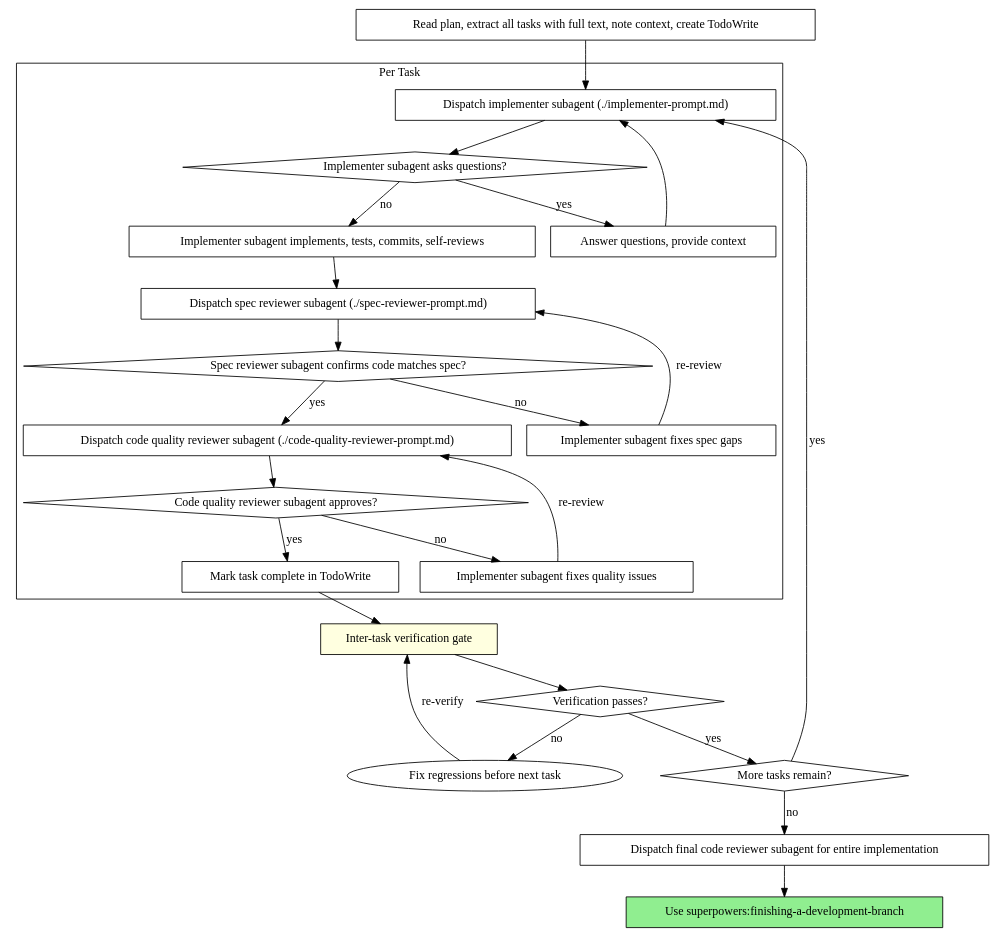
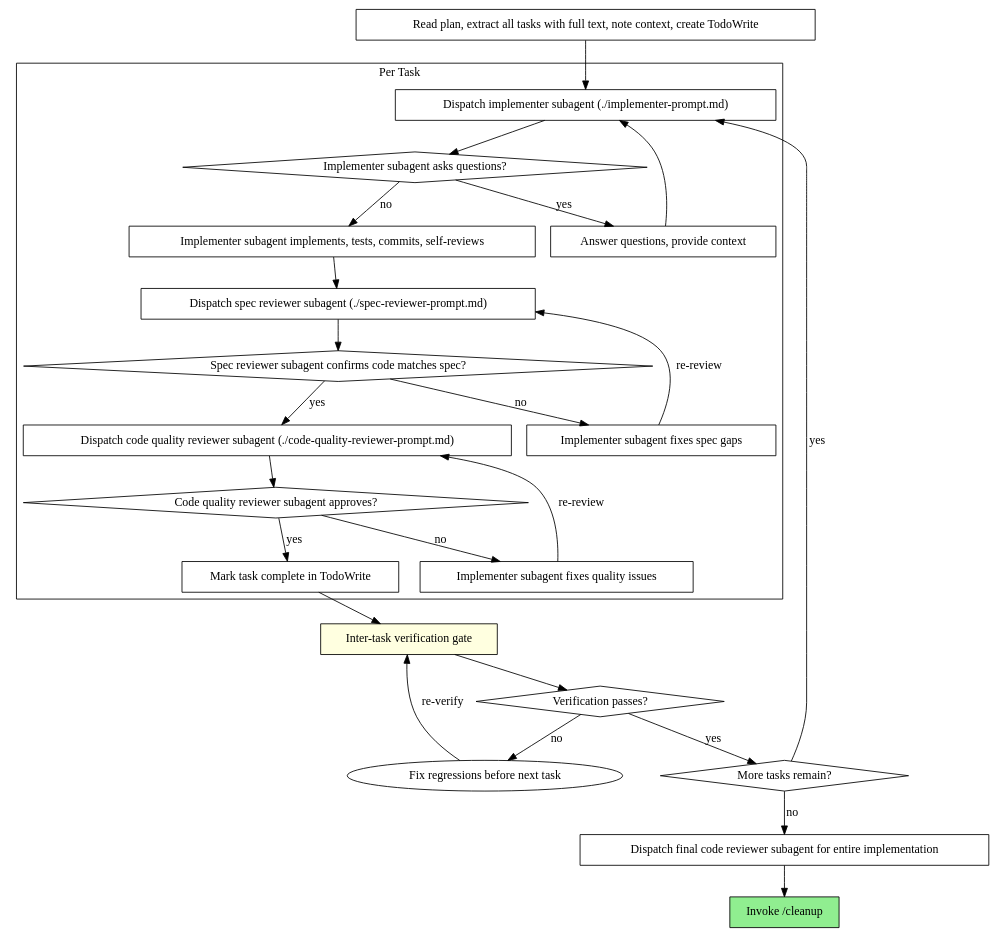
The second of 2 diagrams in claude-flow/references/subagent-driven-development.md (sumrae412/claude-skills), drawn with Graphviz before and after one commit. The commit also changed other lines of this file and 6 other files, not shown here.

````diff
--- a/claude-flow/references/subagent-driven-development.md
+++ b/claude-flow/references/subagent-driven-development.md
@@ -35,50 +35,50 @@
 ```dot
 digraph process {
     rankdir=TB;
 
     subgraph cluster_per_task {
         label="Per Task";
         "Dispatch implementer subagent (./implementer-prompt.md)" [shape=box];
         "Implementer subagent asks questions?" [shape=diamond];
         "Answer questions, provide context" [shape=box];
         "Implementer subagent implements, tests, commits, self-reviews" [shape=box];
         "Dispatch spec reviewer subagent (./spec-reviewer-prompt.md)" [shape=box];
         "Spec reviewer subagent confirms code matches spec?" [shape=diamond];
         "Implementer subagent fixes spec gaps" [shape=box];
         "Dispatch code quality reviewer subagent (./code-quality-reviewer-prompt.md)" [shape=box];
         "Code quality reviewer subagent approves?" [shape=diamond];
         "Implementer subagent fixes quality issues" [shape=box];
         "Mark task complete in TodoWrite" [shape=box];
     }
 
     "Read plan, extract all tasks with full text, note context, create TodoWrite" [shape=box];
     "More tasks remain?" [shape=diamond];
     "Dispatch final code reviewer subagent for entire implementation" [shape=box];
-    "Use superpowers:finishing-a-development-branch" [shape=box style=filled fillcolor=lightgreen];
+    "Invoke /cleanup" [shape=box style=filled fillcolor=lightgreen];
 
     "Read plan, extract all tasks with full text, note context, create TodoWrite" -> "Dispatch implementer subagent (./implementer-prompt.md)";
     "Dispatch implementer subagent (./implementer-prompt.md)" -> "Implementer subagent asks questions?";
     "Implementer subagent asks questions?" -> "Answer questions, provide context" [label="yes"];
     "Answer questions, provide context" -> "Dispatch implementer subagent (./implementer-prompt.md)";
     "Implementer subagent asks questions?" -> "Implementer subagent implements, tests, commits, self-reviews" [label="no"];
     "Implementer subagent implements, tests, commits, self-reviews" -> "Dispatch spec reviewer subagent (./spec-reviewer-prompt.md)";
     "Dispatch spec reviewer subagent (./spec-reviewer-prompt.md)" -> "Spec reviewer subagent confirms code matches spec?";
     "Spec reviewer subagent confirms code matches spec?" -> "Implementer subagent fixes spec gaps" [label="no"];
     "Implementer subagent fixes spec gaps" -> "Dispatch spec reviewer subagent (./spec-reviewer-prompt.md)" [label="re-review"];
     "Spec reviewer subagent confirms code matches spec?" -> "Dispatch code quality reviewer subagent (./code-quality-reviewer-prompt.md)" [label="yes"];
     "Dispatch code quality reviewer subagent (./code-quality-reviewer-prompt.md)" -> "Code quality reviewer subagent approves?";
     "Code quality reviewer subagent approves?" -> "Implementer subagent fixes quality issues" [label="no"];
     "Implementer subagent fixes quality issues" -> "Dispatch code quality reviewer subagent (./code-quality-reviewer-prompt.md)" [label="re-review"];
     "Code quality reviewer subagent approves?" -> "Mark task complete in TodoWrite" [label="yes"];
     "Mark task complete in TodoWrite" -> "Inter-task verification gate";
     "Inter-task verification gate" [shape=box style=filled fillcolor=lightyellow];
     "Inter-task verification gate" -> "Verification passes?";
     "Verification passes?" [shape=diamond];
     "Verification passes?" -> "More tasks remain?" [label="yes"];
     "Verification passes?" -> "Fix regressions before next task" [label="no"];
     "Fix regressions before next task" -> "Inter-task verification gate" [label="re-verify"];
     "More tasks remain?" -> "Dispatch implementer subagent (./implementer-prompt.md)" [label="yes"];
     "More tasks remain?" -> "Dispatch final code reviewer subagent for entire implementation" [label="no"];
-    "Dispatch final code reviewer subagent for entire implementation" -> "Use superpowers:finishing-a-development-branch";
+    "Dispatch final code reviewer subagent for entire implementation" -> "Invoke /cleanup";
 }
 ```
````
